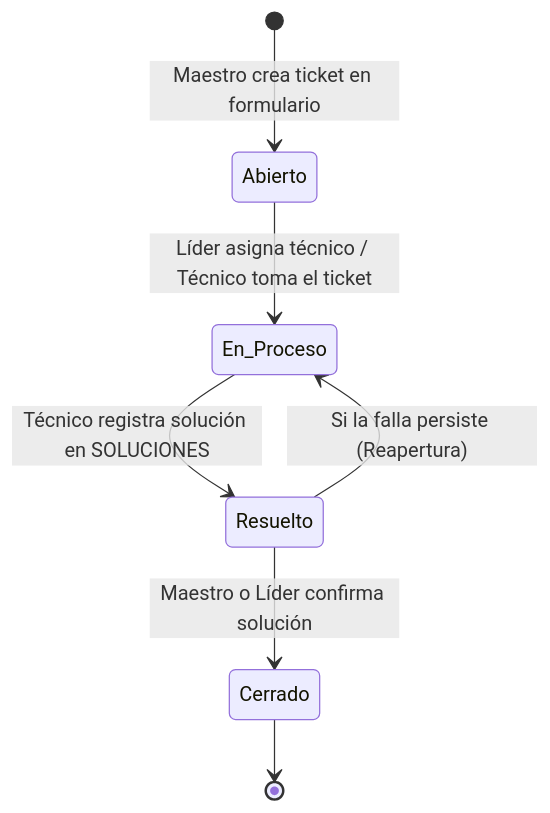
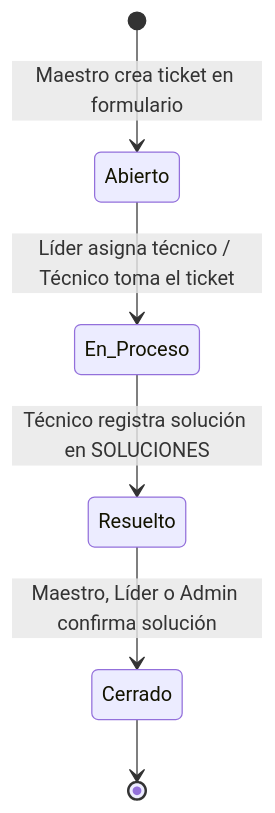
One commit to NotAleFr/ticketdashboard changed the diagram in docs/Logica.md. Above: the diagram before and after it, drawn with Mermaid. The commit also changed other lines of this file and 14 other files, not shown here.

First line of the commit message:
feat(api): add Pydantic schemas for core entities

````diff
--- a/docs/Logica.md
+++ b/docs/Logica.md
@@ -53,9 +53,8 @@
 ```mermaid
 stateDiagram-v2
     [*] --> Abierto: Maestro crea ticket en formulario
     Abierto --> En_Proceso: Líder asigna técnico / Técnico toma el ticket
     En_Proceso --> Resuelto: Técnico registra solución en SOLUCIONES
-    Resuelto --> Cerrado: Maestro o Líder confirma solución
-    Resuelto --> En_Proceso: Si la falla persiste (Reapertura)
+    Resuelto --> Cerrado: Maestro, Líder o Admin confirma solución
     Cerrado --> [*]
 ```
````
